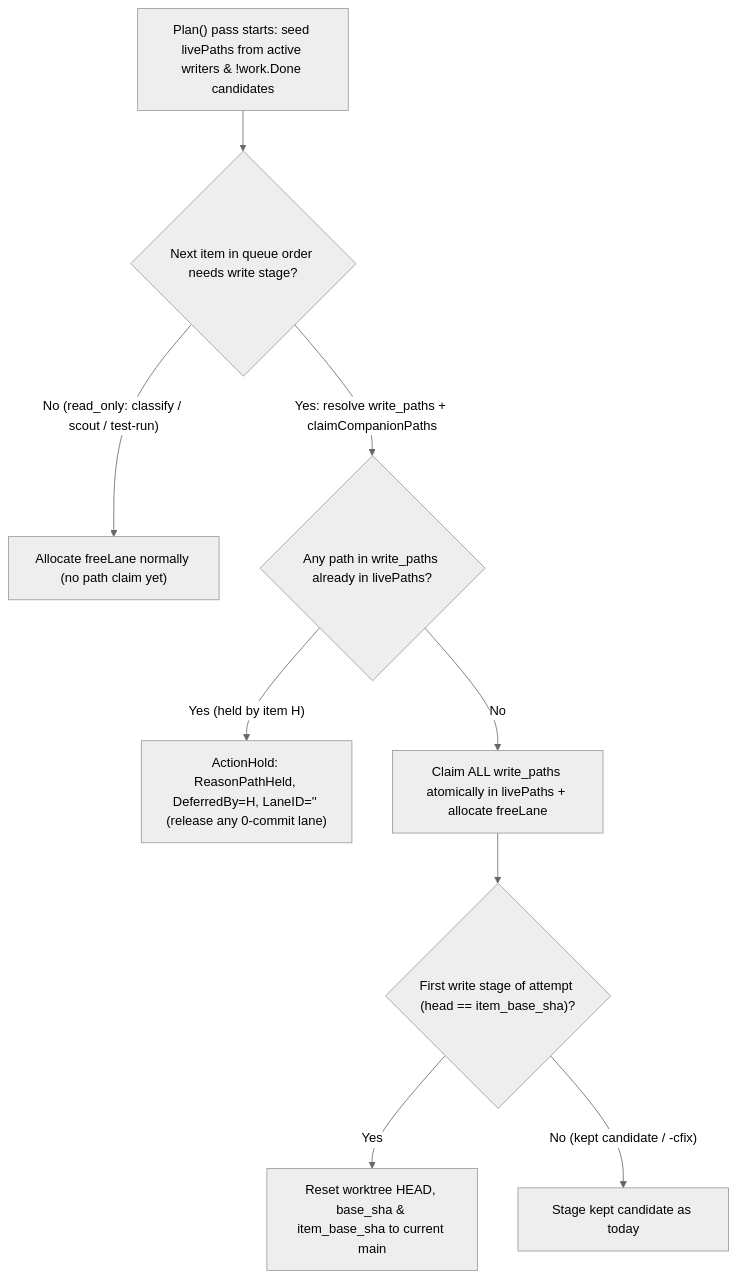
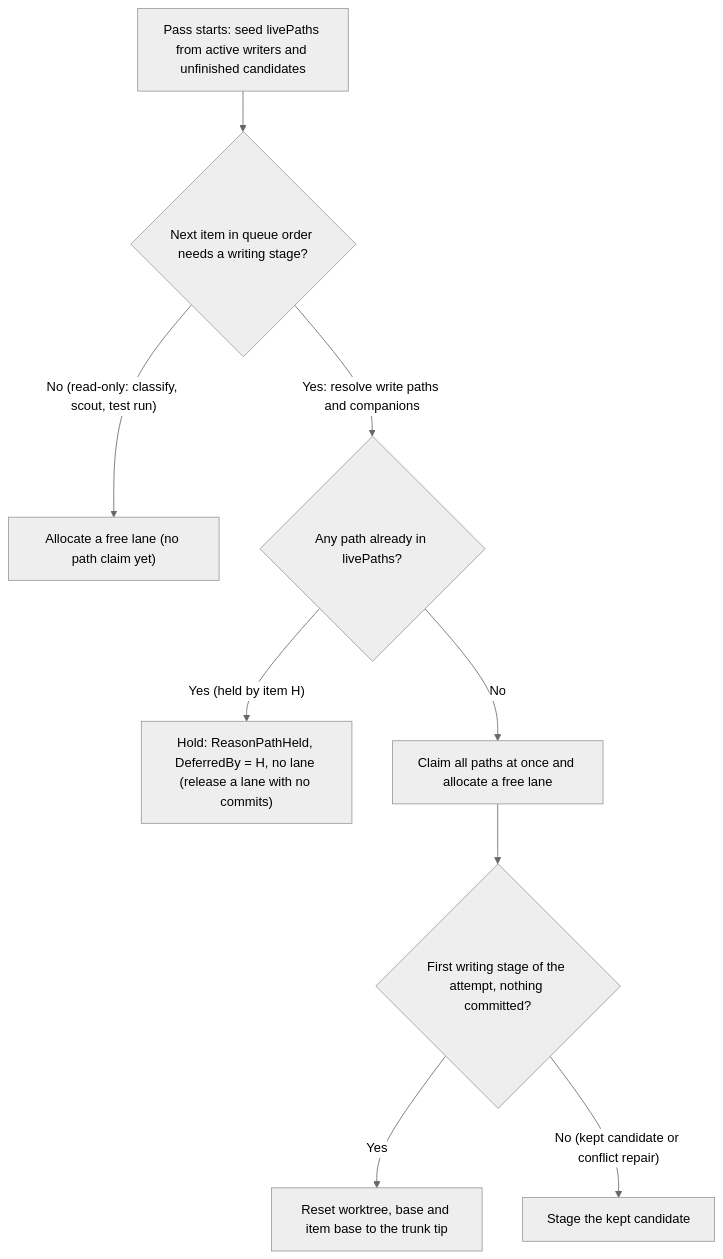
Before and after one commit to mschulkind-oss/tillr: the diagram in docs/design/tillr-shared-path-serialization.md, drawn with Mermaid (neutral theme). The commit also changed other lines of this file and 20 other files, not shown here.

````diff
--- a/docs/design/tillr-shared-path-serialization.md
+++ b/docs/design/tillr-shared-path-serialization.md
@@ -183,11 +143,11 @@
 ```mermaid
 flowchart TD
-    P["Plan() pass starts: seed livePaths from active writers & !work.Done candidates"] --> R{"Next item in queue order needs write stage?"}
-    R -- "No (read_only: classify / scout / test-run)" --> L["Allocate freeLane normally (no path claim yet)"]
-    R -- "Yes: resolve write_paths + claimCompanionPaths" --> C{"Any path in write_paths already in livePaths?"}
-    C -- "Yes (held by item H)" --> H["ActionHold: ReasonPathHeld, DeferredBy=H, LaneID='' (release any 0-commit lane)"]
-    C -- "No" --> A["Claim ALL write_paths atomically in livePaths + allocate freeLane"]
-    A --> M{"First write stage of attempt (head == item_base_sha)?"}
-    M -- "Yes" --> B["Reset worktree HEAD, base_sha & item_base_sha to current main"]
-    M -- "No (kept candidate / -cfix)" --> K["Stage kept candidate as today"]
+    P["Pass starts: seed livePaths from active writers and unfinished candidates"] --> R{"Next item in queue order needs a writing stage?"}
+    R -- "No (read-only: classify, scout, test run)" --> L["Allocate a free lane (no path claim yet)"]
+    R -- "Yes: resolve write paths and companions" --> C{"Any path already in livePaths?"}
+    C -- "Yes (held by item H)" --> H["Hold: ReasonPathHeld, DeferredBy = H, no lane (release a lane with no commits)"]
+    C -- "No" --> A["Claim all paths at once and allocate a free lane"]
+    A --> M{"First writing stage of the attempt, nothing committed?"}
+    M -- "Yes" --> B["Reset worktree, base and item base to the trunk tip"]
+    M -- "No (kept candidate or conflict repair)" --> K["Stage the kept candidate"]
 ```
````
